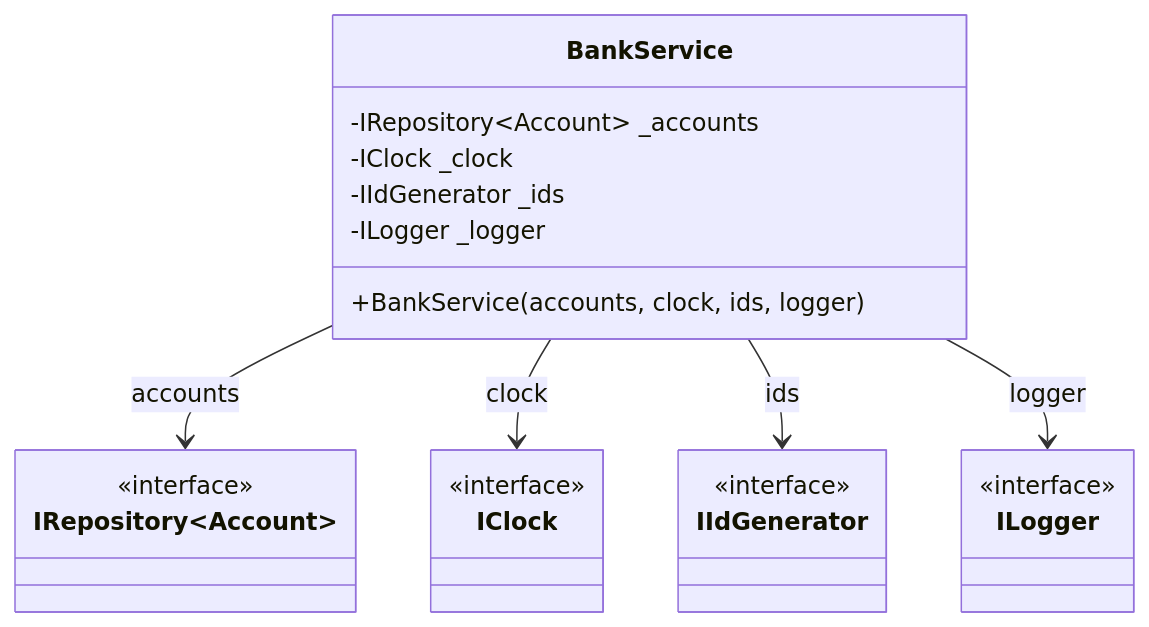
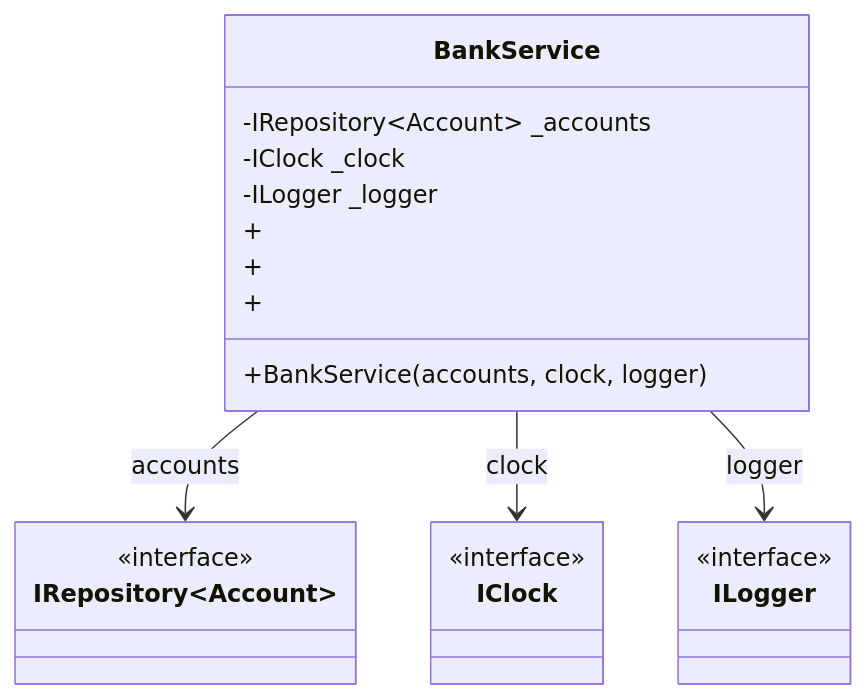
Before and after one commit to Tr1nside/C--learn-bank: the fifth of 5 diagrams in README.md, drawn with Mermaid. The commit also changed other lines of this file and 5 other files, not shown here.

````diff
--- a/README.md
+++ b/README.md
@@ -238,30 +225,28 @@
 ```mermaid
 classDiagram
     direction TB
 
     class BankService {
         -IRepository~Account~ _accounts
         -IClock _clock
-        -IIdGenerator _ids
         -ILogger _logger
-        +BankService(accounts, clock, ids, logger)
+        +BankService(accounts, clock, logger)
+        +
+        +
+        +
     }
 
     class IRepository~Account~ {
         <<interface>>
     }
     class IClock {
         <<interface>>
     }
-    class IIdGenerator {
-        <<interface>>
-    }
     class ILogger {
         <<interface>>
     }
 
     BankService --> IRepository~Account~ : accounts
     BankService --> IClock : clock
-    BankService --> IIdGenerator : ids
     BankService --> ILogger : logger
 ```
````
